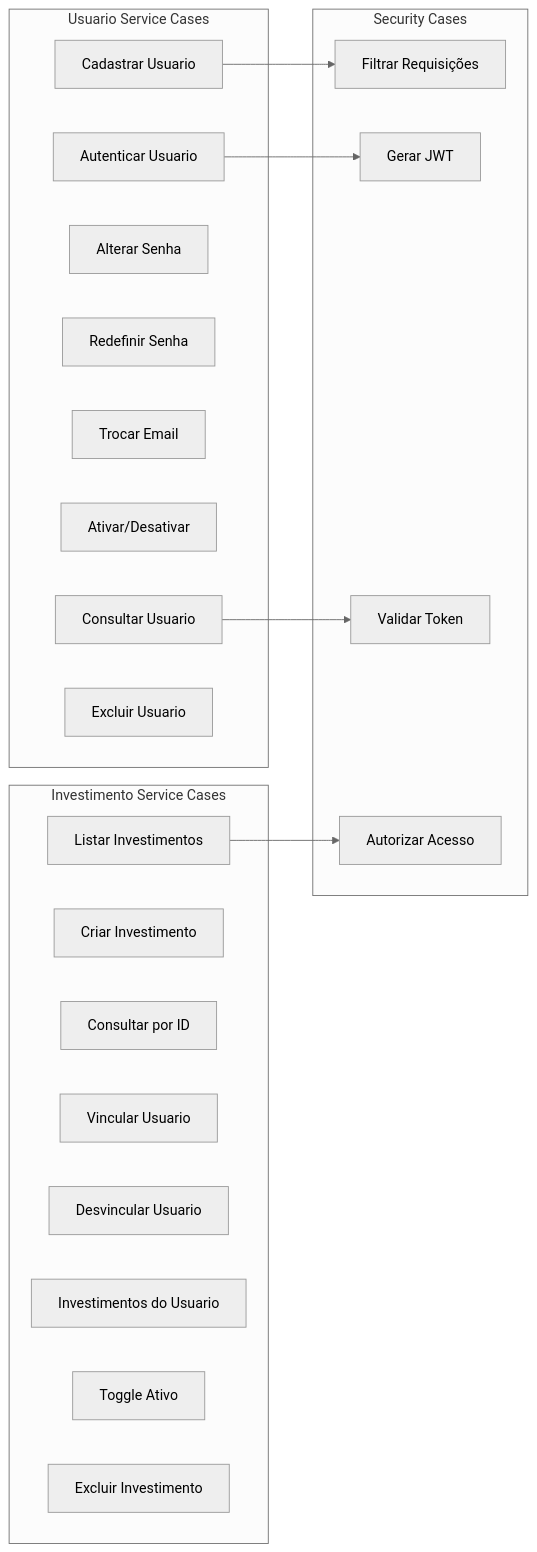
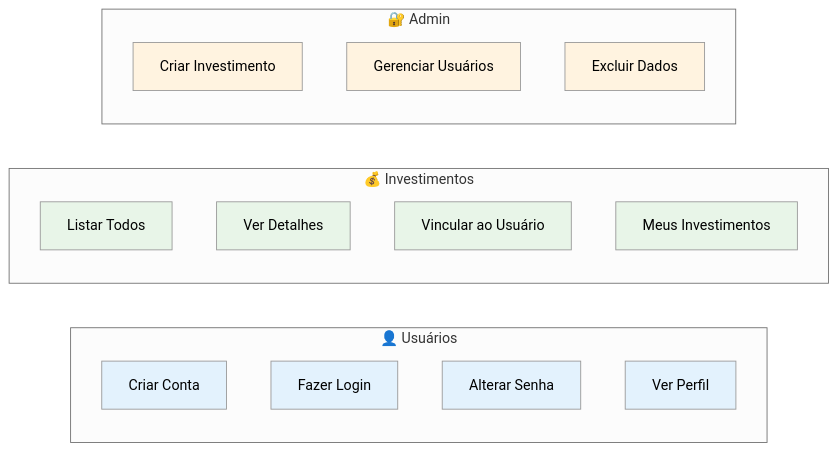
Before and after one commit to luigiferrarasinno/api_login_java_spring_boot: the third of 4 diagrams in README.md, drawn with Mermaid (neutral theme). The commit also changed other lines of this file, not shown here.

````diff
--- a/README.md
+++ b/README.md
@@ -229,36 +187,36 @@
 ```mermaid
 graph LR
-    subgraph "Usuario Service Cases"
-        UC1[Cadastrar Usuario]
-        UC2[Autenticar Usuario]
-        UC3[Alterar Senha]
-        UC4[Redefinir Senha]
-        UC5[Trocar Email]
-        UC6[Ativar/Desativar]
-        UC7[Consultar Usuario]
-        UC8[Excluir Usuario]
+    subgraph "👤 Usuários"
+        U1[Criar Conta]
+        U2[Fazer Login]
+        U3[Alterar Senha]
+        U4[Ver Perfil]
     end
     
-    subgraph "Investimento Service Cases"
-        IC1[Listar Investimentos]
-        IC2[Criar Investimento]
-        IC3[Consultar por ID]
-        IC4[Vincular Usuario]
-        IC5[Desvincular Usuario]
-        IC6[Investimentos do Usuario]
-        IC7[Toggle Ativo]
-        IC8[Excluir Investimento]
+    subgraph "💰 Investimentos"
+        I1[Listar Todos]
+        I2[Ver Detalhes]
+        I3[Vincular ao Usuário]
+        I4[Meus Investimentos]
     end
     
-    subgraph "Security Cases"
-        SC1[Gerar JWT]
-        SC2[Validar Token]
-        SC3[Autorizar Acesso]
-        SC4[Filtrar Requisições]
+    subgraph "🔐 Admin"
+        A1[Criar Investimento]
+        A2[Gerenciar Usuários]
+        A3[Excluir Dados]
     end
     
-    UC2 --> SC1
-    UC7 --> SC2
-    IC1 --> SC3
-    UC1 --> SC4
+    style U1 fill:#e3f2fd
+    style U2 fill:#e3f2fd
+    style U3 fill:#e3f2fd
+    style U4 fill:#e3f2fd
+    
+    style I1 fill:#e8f5e8
+    style I2 fill:#e8f5e8
+    style I3 fill:#e8f5e8
+    style I4 fill:#e8f5e8
+    
+    style A1 fill:#fff3e0
+    style A2 fill:#fff3e0
+    style A3 fill:#fff3e0
 ```
````
